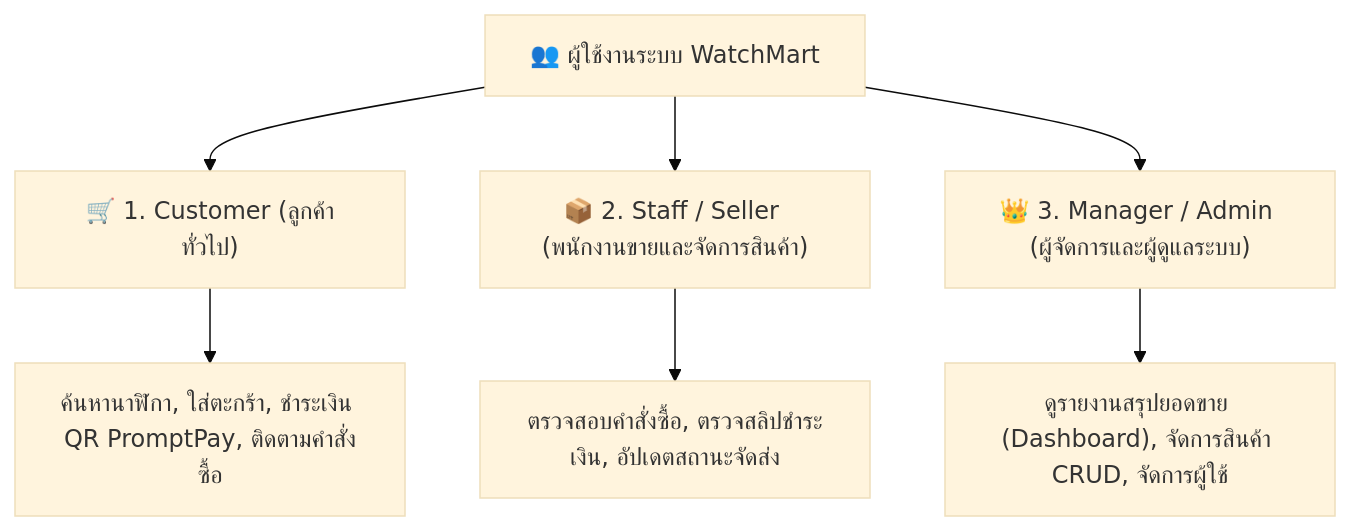
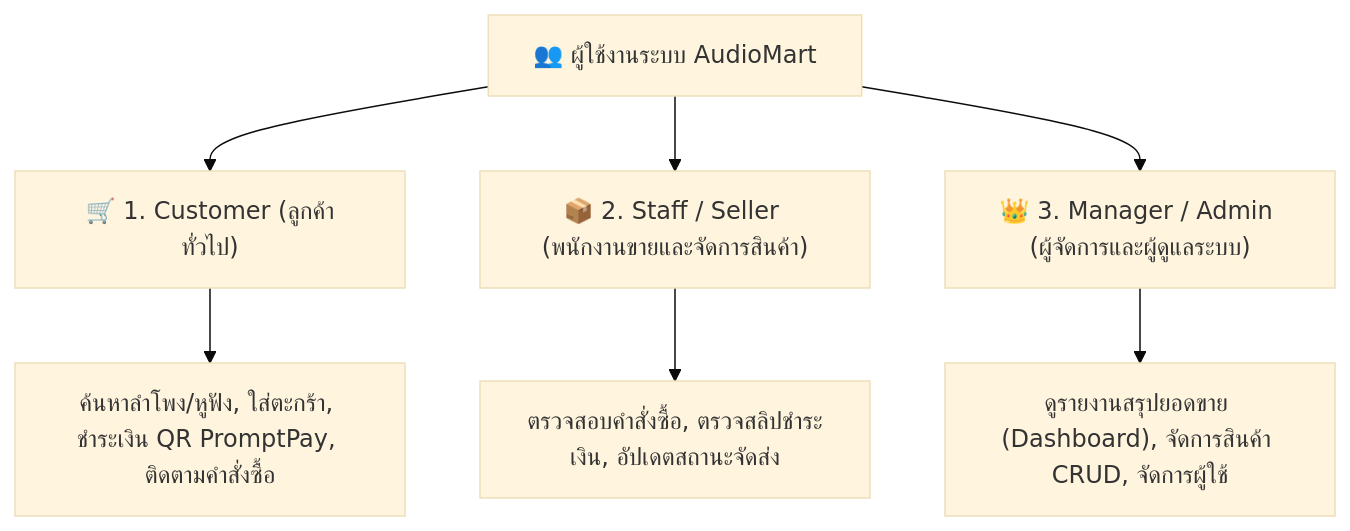
Before and after one commit to sShinjikubs/Workshop-1: the first of 3 diagrams in UAT_Test_Cases.md, drawn with Mermaid (base theme). The commit also changed other lines of this file and 449 other files, not shown here.

Commit message:
feat: transform WatchMart platform into AudioMart premium audio store with full UAT and design docs

````diff
--- a/UAT_Test_Cases.md
+++ b/UAT_Test_Cases.md
@@ -15,11 +15,11 @@
 ```mermaid
 graph TD
-    User["👥 ผู้ใช้งานระบบ WatchMart"]
+    User["👥 ผู้ใช้งานระบบ AudioMart"]
     User --> Customer["🛒 1. Customer (ลูกค้าทั่วไป)"]
     User --> Staff["📦 2. Staff / Seller (พนักงานขายและจัดการสินค้า)"]
     User --> Manager["👑 3. Manager / Admin (ผู้จัดการและผู้ดูแลระบบ)"]
 
-    Customer --> C_Goal["ค้นหานาฬิกา, ใส่ตะกร้า, ชำระเงิน QR PromptPay, ติดตามคำสั่งซื้อ"]
+    Customer --> C_Goal["ค้นหาลำโพง/หูฟัง, ใส่ตะกร้า, ชำระเงิน QR PromptPay, ติดตามคำสั่งซื้อ"]
     Staff --> S_Goal["ตรวจสอบคำสั่งซื้อ, ตรวจสลิปชำระเงิน, อัปเดตสถานะจัดส่ง"]
     Manager --> M_Goal["ดูรายงานสรุปยอดขาย (Dashboard), จัดการสินค้า CRUD, จัดการผู้ใช้"]
 ```
````
